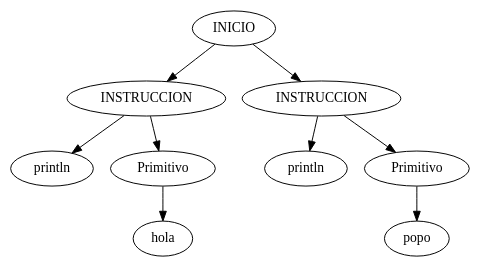
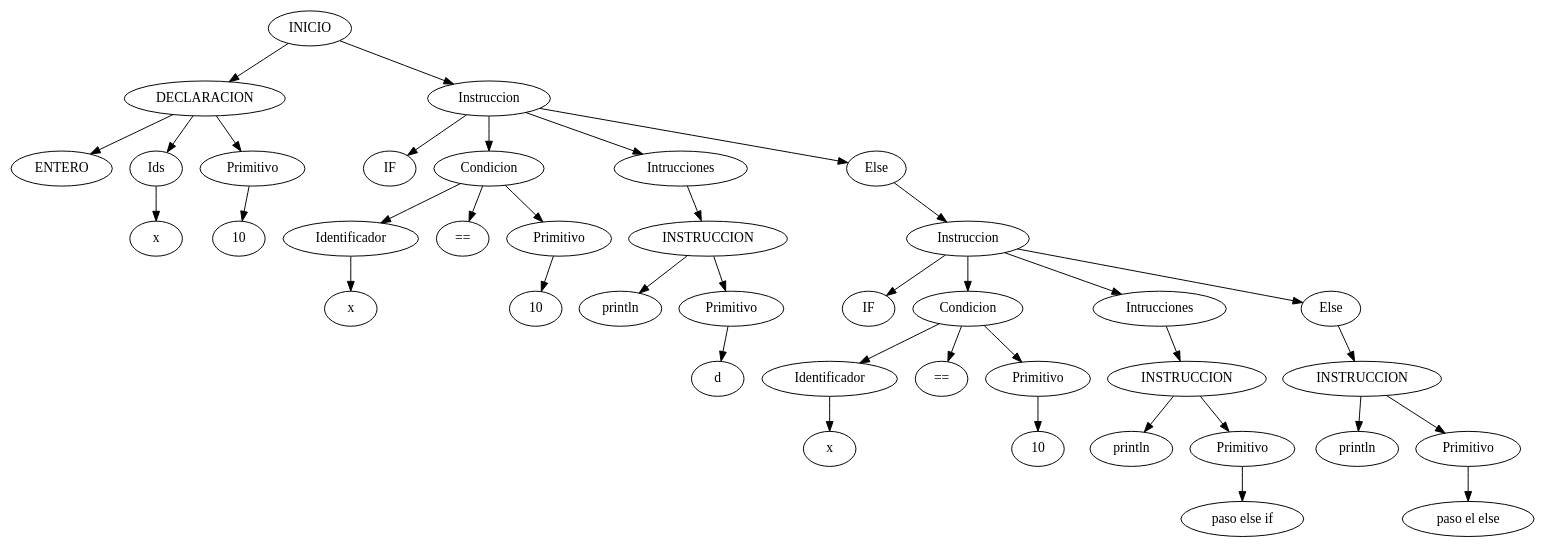
One commit to parguet/-OLC1-F1-202010751- changed the diagram in front/ast.dot. Above: the diagram before and after it, drawn with Graphviz. The commit also changed 4 other files, not shown here.

```diff
--- a/front/ast.dot
+++ b/front/ast.dot
@@ -1,22 +1,82 @@
 digraph {
 
 node0[label = "INICIO"];
 node0 -> node001
-node001[label = "INSTRUCCION"];
+node001[label = "DECLARACION"];
 node001 -> node00101
-node00101[label = "println"];
+node00101[label = "ENTERO"];
 node001 -> node00112
-node00112[label = "Primitivo"];
+node00112[label = "Ids"];
 node00112 -> node0011201
-node0011201[label = "hola"];
+node0011201[label = "x"];
+node001 -> node00123
+node00123[label = "Primitivo"];
+node00123 -> node0012301
+node0012301[label = "10"];
 node0 -> node012
-node012[label = "INSTRUCCION"];
+node012[label = "Instruccion"];
 node012 -> node01201
-node01201[label = "println"];
+node01201[label = "IF"];
 node012 -> node01212
-node01212[label = "Primitivo"];
+node01212[label = "Condicion"];
 node01212 -> node0121201
-node0121201[label = "popo"];
+node0121201[label = "Identificador"];
+node0121201 -> node012120101
+node012120101[label = "x"];
+node01212 -> node0121212
+node0121212[label = "=="];
+node01212 -> node0121223
+node0121223[label = "Primitivo"];
+node0121223 -> node012122301
+node012122301[label = "10"];
+node012 -> node01223
+node01223[label = "Intrucciones"];
+node01223 -> node0122301
+node0122301[label = "INSTRUCCION"];
+node0122301 -> node012230101
+node012230101[label = "println"];
+node0122301 -> node012230112
+node012230112[label = "Primitivo"];
+node012230112 -> node01223011201
+node01223011201[label = "d"];
+node012 -> node01234
+node01234[label = "Else"];
+node01234 -> node0123401
+node0123401[label = "Instruccion"];
+node0123401 -> node012340101
+node012340101[label = "IF"];
+node0123401 -> node012340112
+node012340112[label = "Condicion"];
+node012340112 -> node01234011201
+node01234011201[label = "Identificador"];
+node01234011201 -> node0123401120101
+node0123401120101[label = "x"];
+node012340112 -> node01234011212
+node01234011212[label = "=="];
+node012340112 -> node01234011223
+node01234011223[label = "Primitivo"];
+node01234011223 -> node0123401122301
+node0123401122301[label = "10"];
+node0123401 -> node012340123
+node012340123[label = "Intrucciones"];
+node012340123 -> node01234012301
+node01234012301[label = "INSTRUCCION"];
+node01234012301 -> node0123401230101
+node0123401230101[label = "println"];
+node01234012301 -> node0123401230112
+node0123401230112[label = "Primitivo"];
+node0123401230112 -> node012340123011201
+node012340123011201[label = "paso else if"];
+node0123401 -> node012340134
+node012340134[label = "Else"];
+node012340134 -> node01234013401
+node01234013401[label = "INSTRUCCION"];
+node01234013401 -> node0123401340101
+node0123401340101[label = "println"];
+node01234013401 -> node0123401340112
+node0123401340112[label = "Primitivo"];
+node0123401340112 -> node012340134011201
+node012340134011201[label = "paso el else "];
  
 
 }
```
